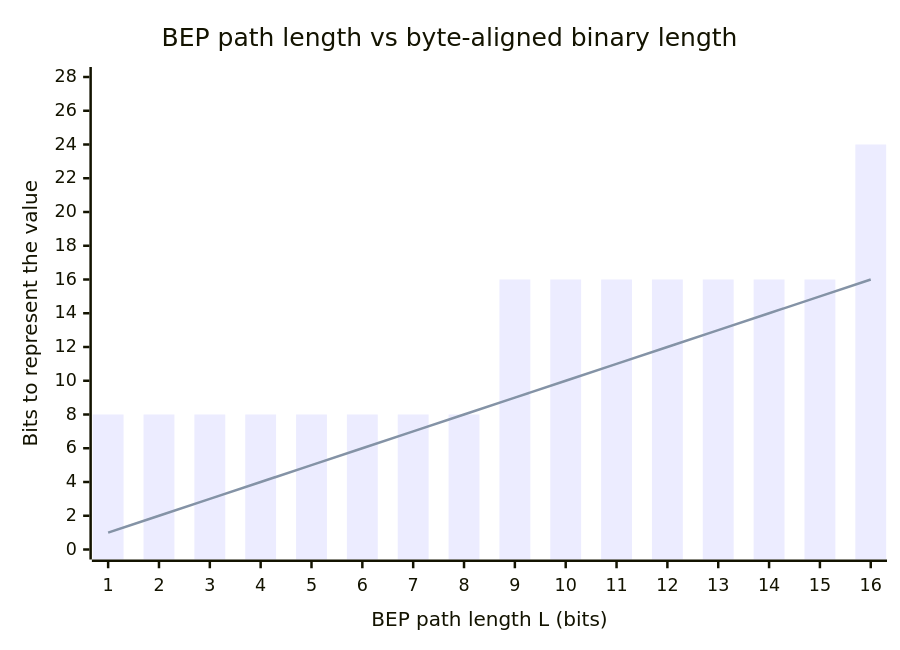
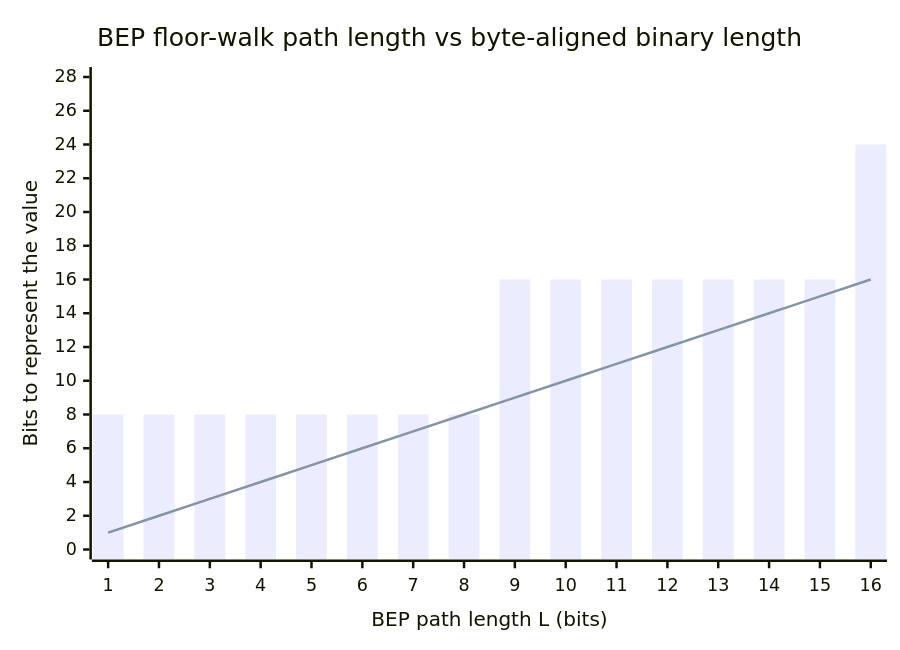
Before and after one commit to bepCreator/ndd: the diagram in README.md, drawn with Mermaid. The commit also changed other lines of this file, not shown here.

````diff
--- a/README.md
+++ b/README.md
@@ -17,8 +17,8 @@
 ```mermaid
 xychart-beta
-    title "BEP path length vs byte-aligned binary length"
+    title "BEP floor-walk path length vs byte-aligned binary length"
     x-axis "BEP path length L (bits)" [1, 2, 3, 4, 5, 6, 7, 8, 9, 10, 11, 12, 13, 14, 15, 16]
     y-axis "Bits to represent the value" 0 --> 28
     bar  [8, 8, 8, 8, 8, 8, 8, 8, 16, 16, 16, 16, 16, 16, 16, 24]
     line [1, 2, 3, 4, 5, 6, 7, 8,  9, 10, 11, 12, 13, 14, 15, 16]
 ```
````
